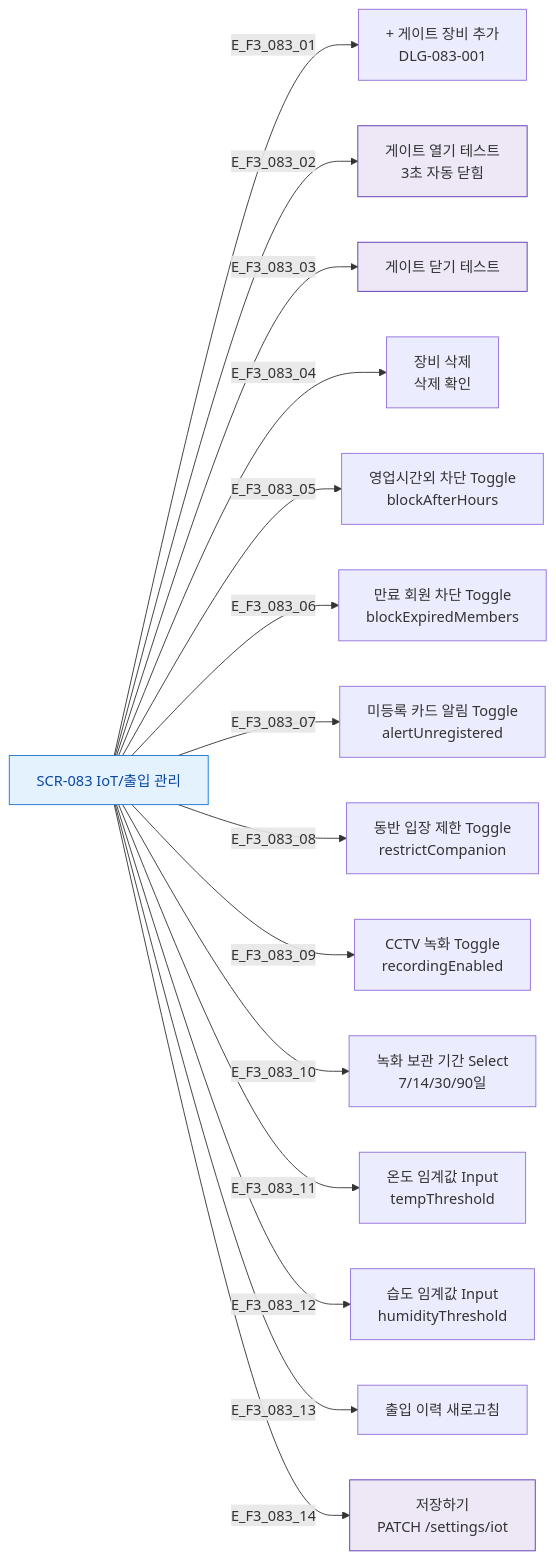
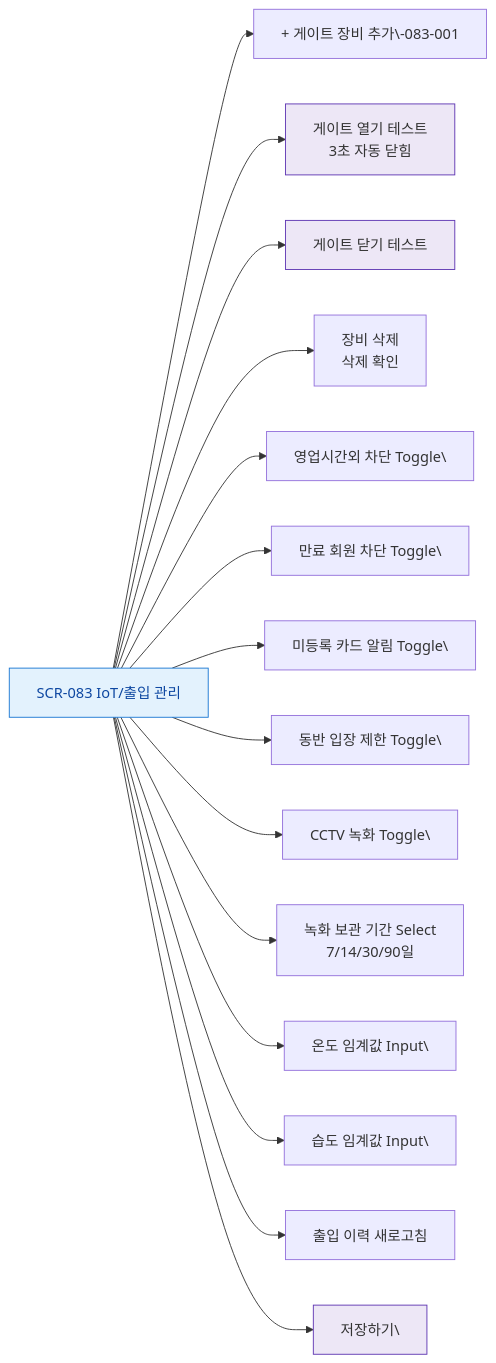
Before and after one commit to dev-spogym/admin-pando: the diagram in docs/다이어그램/D09_설정관리/SCR-083_IoT출입관리/F3_버튼액션.md, drawn with Mermaid. The commit also changed other lines of this file and 1660 other files, not shown here.

First line of the commit message:
다이어그램: 기획자/클라이언트 납품본으로 정리

````diff
--- a/docs/다이어그램/D09_설정관리/SCR-083_IoT출입관리/F3_버튼액션.md
+++ b/docs/다이어그램/D09_설정관리/SCR-083_IoT출입관리/F3_버튼액션.md
@@ -14,28 +12,28 @@
 ```mermaid
 flowchart LR
     SCR083[SCR-083 IoT/출입 관리]
 
-    SCR083 -->|E_F3_083_01| BTN_ADD_GATE[+ 게이트 장비 추가\nDLG-083-001]
-    SCR083 -->|E_F3_083_02| BTN_OPEN[게이트 열기 테스트\n3초 자동 닫힘]
-    SCR083 -->|E_F3_083_03| BTN_CLOSE[게이트 닫기 테스트]
-    SCR083 -->|E_F3_083_04| BTN_DEL_GATE[장비 삭제\n삭제 확인]
+    SCR083 --> BTN_ADD_GATE[+ 게이트 장비 추가\-083-001]
+    SCR083 --> BTN_OPEN[게이트 열기 테스트\n3초 자동 닫힘]
+    SCR083 --> BTN_CLOSE[게이트 닫기 테스트]
+    SCR083 --> BTN_DEL_GATE[장비 삭제\n삭제 확인]
 
-    SCR083 -->|E_F3_083_05| TGL_AFTER[영업시간외 차단 Toggle\nblockAfterHours]
-    SCR083 -->|E_F3_083_06| TGL_EXPIRED[만료 회원 차단 Toggle\nblockExpiredMembers]
-    SCR083 -->|E_F3_083_07| TGL_UNREG[미등록 카드 알림 Toggle\nalertUnregistered]
-    SCR083 -->|E_F3_083_08| TGL_COMPANION[동반 입장 제한 Toggle\nrestrictCompanion]
+    SCR083 --> TGL_AFTER[영업시간외 차단 Toggle\]
+    SCR083 --> TGL_EXPIRED[만료 회원 차단 Toggle\]
+    SCR083 --> TGL_UNREG[미등록 카드 알림 Toggle\]
+    SCR083 --> TGL_COMPANION[동반 입장 제한 Toggle\]
 
-    SCR083 -->|E_F3_083_09| TGL_REC[CCTV 녹화 Toggle\nrecordingEnabled]
-    SCR083 -->|E_F3_083_10| SEL_RETAIN[녹화 보관 기간 Select\n7/14/30/90일]
+    SCR083 --> TGL_REC[CCTV 녹화 Toggle\]
+    SCR083 --> SEL_RETAIN[녹화 보관 기간 Select\n7/14/30/90일]
 
-    SCR083 -->|E_F3_083_11| INP_TEMP[온도 임계값 Input\ntempThreshold]
-    SCR083 -->|E_F3_083_12| INP_HUMID[습도 임계값 Input\nhumidityThreshold]
+    SCR083 --> INP_TEMP[온도 임계값 Input\]
+    SCR083 --> INP_HUMID[습도 임계값 Input\]
 
-    SCR083 -->|E_F3_083_13| BTN_REFRESH_LOG[출입 이력 새로고침]
-    SCR083 -->|E_F3_083_14| BTN_SAVE[저장하기\nPATCH /settings/iot]
+    SCR083 --> BTN_REFRESH_LOG[출입 이력 새로고침]
+    SCR083 --> BTN_SAVE[저장하기\]
 
     classDef screen fill:#E3F2FD,stroke:#1976D2,color:#0D47A1
     classDef system fill:#EDE7F6,stroke:#5E35B2
     class SCR083 screen
     class BTN_OPEN,BTN_CLOSE,BTN_SAVE system
 ```
````
